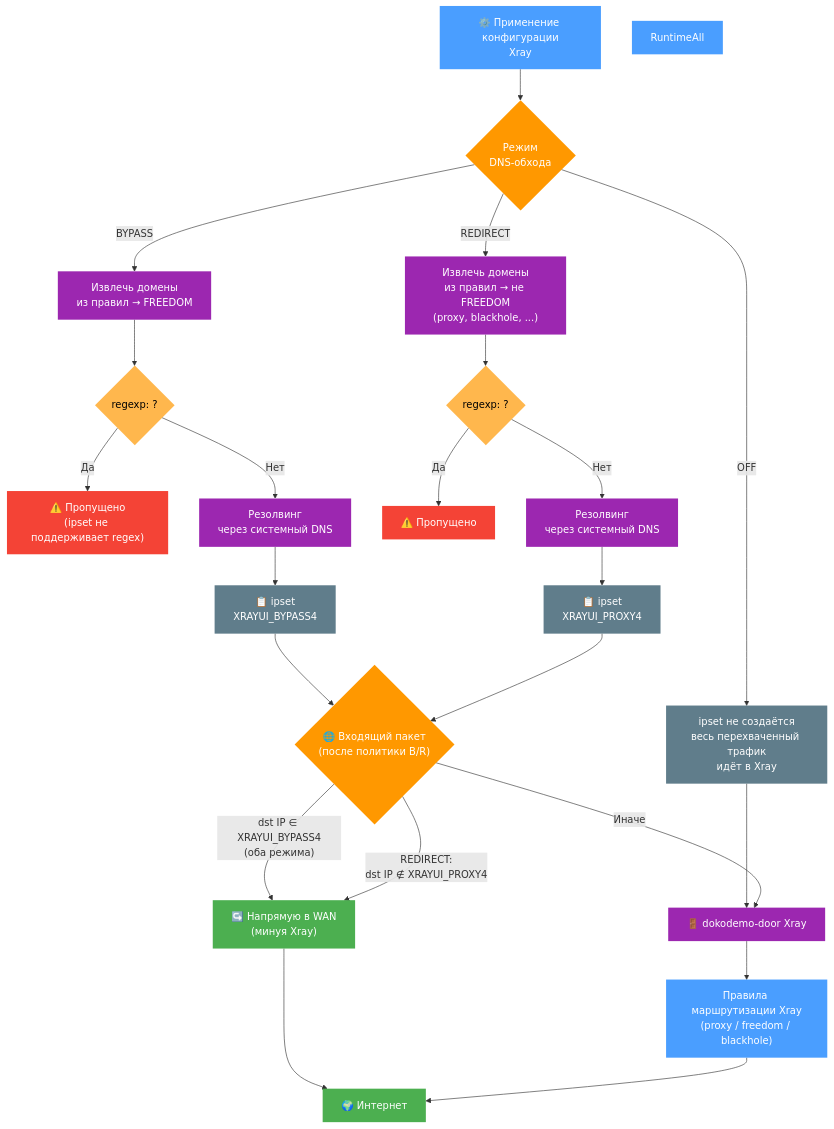
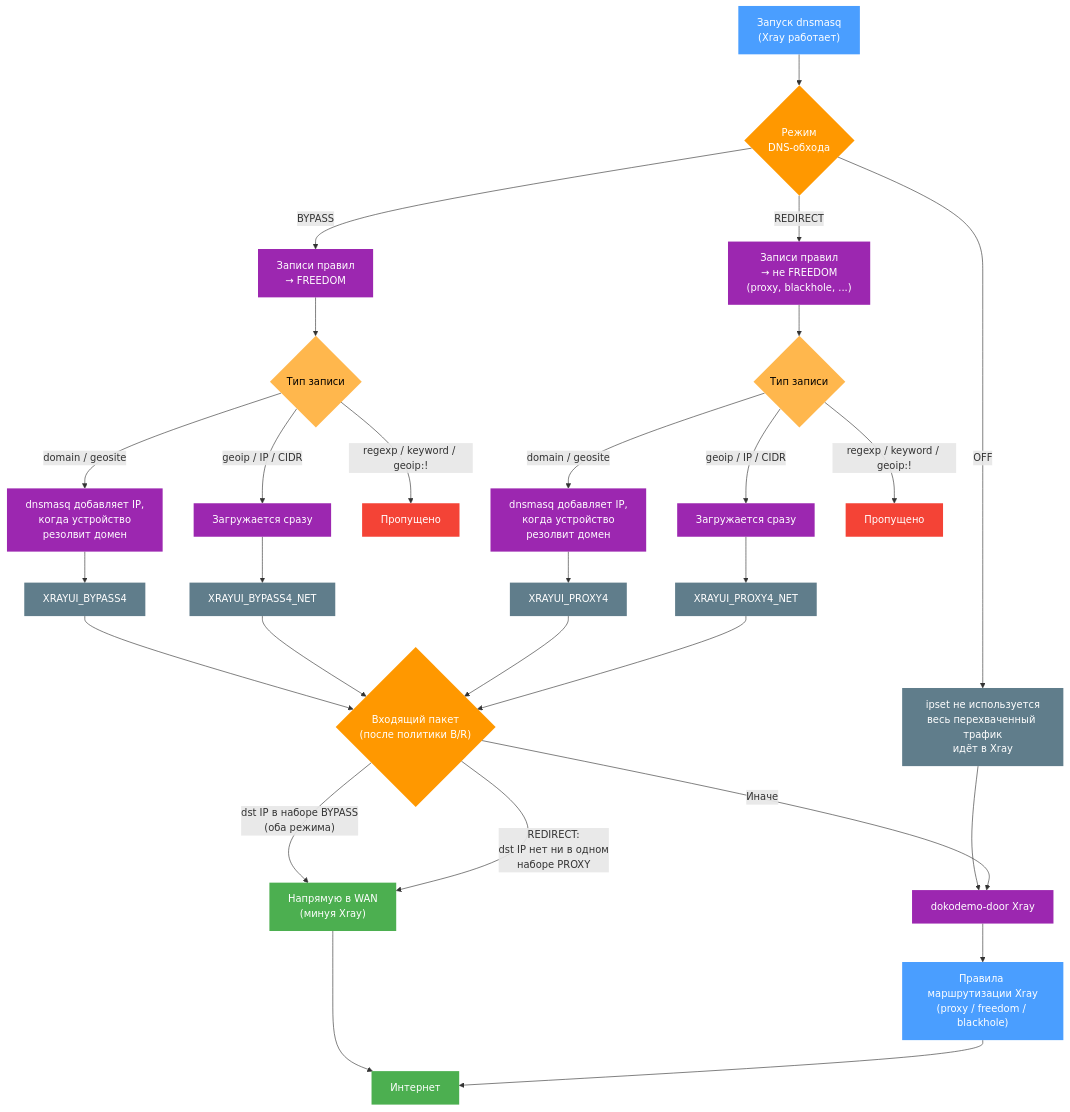
The diagram in docs/xrayui/ru/general-options.md (DanielLavrushin/asuswrt-merlin-xrayui), drawn with Mermaid before and after one commit. The commit also changed other lines of this file and 103 other files, not shown here.

````diff
--- a/docs/xrayui/ru/general-options.md
+++ b/docs/xrayui/ru/general-options.md
@@ -95,52 +97,61 @@
 ```mermaid
 flowchart TD
-    Start["⚙️ Применение конфигурации<br/>Xray"] --> Mode{"Режим<br/>DNS-обхода"}
+    Start["Запуск dnsmasq<br/>(Xray работает)"] --> Mode{"Режим<br/>DNS-обхода"}
 
-    Mode -->|"OFF"| NoIpset["ipset не создаётся<br/>весь перехваченный трафик<br/>идёт в Xray"]
-    Mode -->|"BYPASS"| ExtractFree["Извлечь домены<br/>из правил → FREEDOM"]
-    Mode -->|"REDIRECT"| ExtractProxy["Извлечь домены<br/>из правил → не FREEDOM<br/>(proxy, blackhole, ...)"]
+    Mode -->|"OFF"| NoIpset["ipset не используется<br/>весь перехваченный трафик<br/>идёт в Xray"]
+    Mode -->|"BYPASS"| ExtractFree["Записи правил<br/>→ FREEDOM"]
+    Mode -->|"REDIRECT"| ExtractProxy["Записи правил<br/>→ не FREEDOM<br/>(proxy, blackhole, ...)"]
 
-    ExtractFree --> SkipRegex1{"regexp: ?"}
-    ExtractProxy --> SkipRegex2{"regexp: ?"}
+    ExtractFree --> Kind1{"Тип записи"}
+    ExtractProxy --> Kind2{"Тип записи"}
 
-    SkipRegex1 -->|"Да"| Ignored1["⚠️ Пропущено<br/>(ipset не поддерживает regex)"]
-    SkipRegex1 -->|"Нет"| Resolve1["Резолвинг<br/>через системный DNS"]
+    Kind1 -->|"domain / geosite"| Learn1["dnsmasq добавляет IP,<br/>когда устройство<br/>резолвит домен"]
+    Kind1 -->|"geoip / IP / CIDR"| Static1["Загружается сразу"]
+    Kind1 -->|"regexp / keyword / geoip:!"| Ignored1["Пропущено"]
 
-    SkipRegex2 -->|"Да"| Ignored2["⚠️ Пропущено"]
-    SkipRegex2 -->|"Нет"| Resolve2["Резолвинг<br/>через системный DNS"]
+    Kind2 -->|"domain / geosite"| Learn2["dnsmasq добавляет IP,<br/>когда устройство<br/>резолвит домен"]
+    Kind2 -->|"geoip / IP / CIDR"| Static2["Загружается сразу"]
+    Kind2 -->|"regexp / keyword / geoip:!"| Ignored2["Пропущено"]
 
-    Resolve1 --> Ipset1["📋 ipset<br/>XRAYUI_BYPASS4"]
-    Resolve2 --> Ipset2["📋 ipset<br/>XRAYUI_PROXY4"]
+    Learn1 --> Ipset1["XRAYUI_BYPASS4"]
+    Static1 --> Net1["XRAYUI_BYPASS4_NET"]
+    Learn2 --> Ipset2["XRAYUI_PROXY4"]
+    Static2 --> Net2["XRAYUI_PROXY4_NET"]
 
-    Ipset1 --> Runtime{"🌐 Входящий пакет<br/>(после политики B/R)"}
+    Ipset1 --> Runtime{"Входящий пакет<br/>(после политики B/R)"}
+    Net1 --> Runtime
     Ipset2 --> Runtime
-    NoIpset --> Doko["🚪 dokodemo-door Xray"]
+    Net2 --> Runtime
+    NoIpset --> Doko["dokodemo-door Xray"]
 
-    Runtime -->|"dst IP ∈ XRAYUI_BYPASS4<br/>(оба режима)"| Direct["↪️ Напрямую в WAN<br/>(минуя Xray)"]
-    Runtime -->|"REDIRECT:<br/>dst IP ∉ XRAYUI_PROXY4"| Direct
+    Runtime -->|"dst IP в наборе BYPASS<br/>(оба режима)"| Direct["Напрямую в WAN<br/>(минуя Xray)"]
+    Runtime -->|"REDIRECT:<br/>dst IP нет ни в одном<br/>наборе PROXY"| Direct
     Runtime -->|"Иначе"| Doko
 
     Doko --> XRules["Правила маршрутизации Xray<br/>(proxy / freedom / blackhole)"]
-    Direct --> Internet["🌍 Интернет"]
+    Direct --> Internet["Интернет"]
     XRules --> Internet
 
     style Start fill:#4a9eff,color:#fff,stroke:none
     style Mode fill:#ff9800,color:#fff,stroke:none
-    style SkipRegex1 fill:#ffb74d,color:#000,stroke:none
-    style SkipRegex2 fill:#ffb74d,color:#000,stroke:none
+    style Kind1 fill:#ffb74d,color:#000,stroke:none
+    style Kind2 fill:#ffb74d,color:#000,stroke:none
     style Runtime fill:#ff9800,color:#fff,stroke:none
     style ExtractFree fill:#9c27b0,color:#fff,stroke:none
     style ExtractProxy fill:#9c27b0,color:#fff,stroke:none
-    style Resolve1 fill:#9c27b0,color:#fff,stroke:none
-    style Resolve2 fill:#9c27b0,color:#fff,stroke:none
+    style Learn1 fill:#9c27b0,color:#fff,stroke:none
+    style Learn2 fill:#9c27b0,color:#fff,stroke:none
+    style Static1 fill:#9c27b0,color:#fff,stroke:none
+    style Static2 fill:#9c27b0,color:#fff,stroke:none
     style Ipset1 fill:#607d8b,color:#fff,stroke:none
     style Ipset2 fill:#607d8b,color:#fff,stroke:none
+    style Net1 fill:#607d8b,color:#fff,stroke:none
+    style Net2 fill:#607d8b,color:#fff,stroke:none
     style NoIpset fill:#607d8b,color:#fff,stroke:none
     style Doko fill:#9c27b0,color:#fff,stroke:none
     style XRules fill:#4a9eff,color:#fff,stroke:none
     style Direct fill:#4caf50,color:#fff,stroke:none
     style Internet fill:#4caf50,color:#fff,stroke:none
-    style RuntimeAll fill:#4a9eff,color:#fff,stroke:none
     style Ignored1 fill:#f44336,color:#fff,stroke:none
     style Ignored2 fill:#f44336,color:#fff,stroke:none
 ```
````
